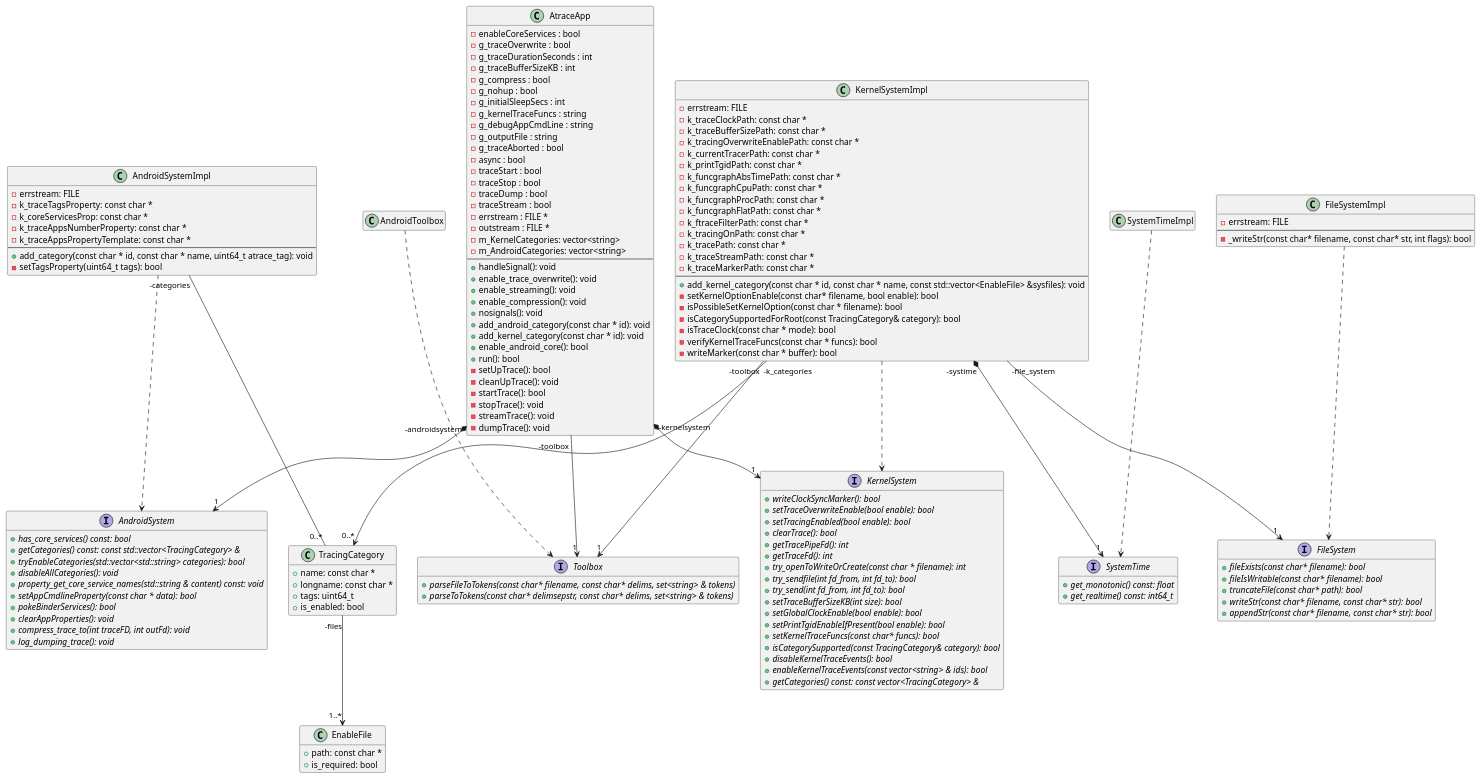
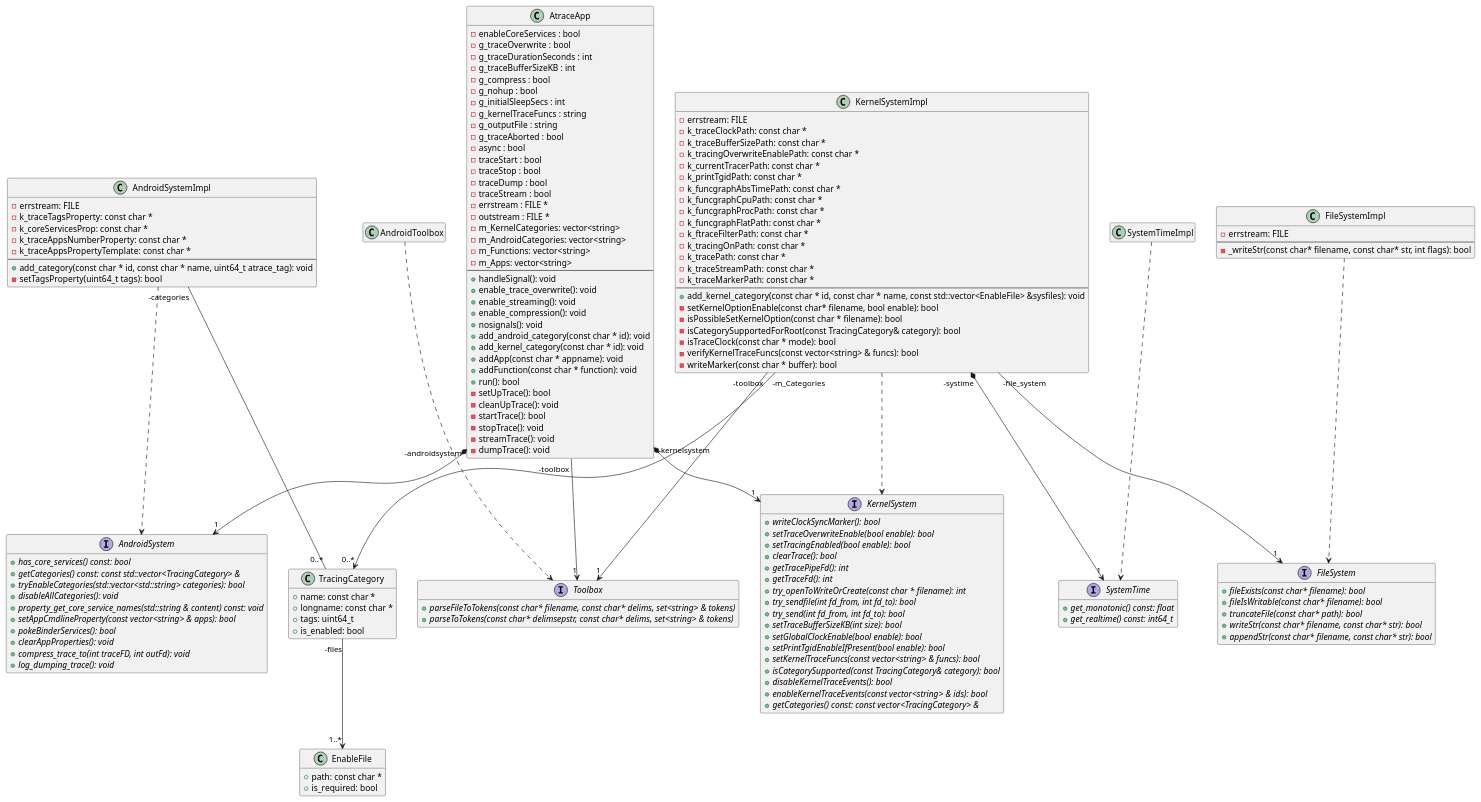
The diagram in docs/design/class_atrace.puml (littlewhywhat/extrace), drawn with PlantUML before and after one commit. The commit also changed 9 other files, not shown here.

Commit message:
Change comma separated funcs/apps to vectors

```diff
--- a/docs/design/class_atrace.puml
+++ b/docs/design/class_atrace.puml
@@ -1,187 +1,189 @@
 @startuml
 
 class AtraceApp {
   - enableCoreServices : bool
   - g_traceOverwrite : bool
   - g_traceDurationSeconds : int
   - g_traceBufferSizeKB : int
   - g_compress : bool
   - g_nohup : bool
   - g_initialSleepSecs : int
   - g_kernelTraceFuncs : string
-  - g_debugAppCmdLine : string
   - g_outputFile : string
   - g_traceAborted : bool
   - async : bool
   - traceStart : bool
   - traceStop : bool
   - traceDump : bool
   - traceStream : bool
   - errstream : FILE *
   - outstream : FILE *
   - m_KernelCategories: vector<string>
   - m_AndroidCategories: vector<string>
+  - m_Functions: vector<string>
+  - m_Apps: vector<string>
   --
   + handleSignal(): void
   + enable_trace_overwrite(): void
   + enable_streaming(): void
   + enable_compression(): void
   + nosignals(): void
   + add_android_category(const char * id): void
   + add_kernel_category(const char * id): void
-  + enable_android_core(): bool
+  + addApp(const char * appname): void
+  + addFunction(const char * function): void
   + run(): bool
   - setUpTrace(): bool 
   - cleanUpTrace(): void 
   - startTrace(): bool 
   - stopTrace(): void 
   - streamTrace(): void 
   - dumpTrace(): void 
 }
 
 AtraceApp "-androidsystem" *-->"1" AndroidSystem
 AtraceApp "-kernelsystem" *-->"1" KernelSystem
 AtraceApp "-toolbox " -->"1" Toolbox
 
 interface KernelSystem {
 
   + {abstract} writeClockSyncMarker(): bool 
   + {abstract} setTraceOverwriteEnable(bool enable): bool
   + {abstract} setTracingEnabled(bool enable): bool
   + {abstract} clearTrace(): bool
   + {abstract} getTracePipeFd(): int
   + {abstract} getTraceFd(): int
   + {abstract} try_openToWriteOrCreate(const char * filename): int
   + {abstract} try_sendfile(int fd_from, int fd_to): bool
   + {abstract} try_send(int fd_from, int fd_to): bool
   + {abstract} setTraceBufferSizeKB(int size): bool
   + {abstract} setGlobalClockEnable(bool enable): bool
   + {abstract} setPrintTgidEnableIfPresent(bool enable): bool
-  + {abstract} setKernelTraceFuncs(const char* funcs): bool
+  + {abstract} setKernelTraceFuncs(const vector<string> & funcs): bool
   + {abstract} isCategorySupported(const TracingCategory& category): bool 
   + {abstract} disableKernelTraceEvents(): bool 
   + {abstract} enableKernelTraceEvents(const vector<string> & ids): bool
   + {abstract} getCategories() const: const vector<TracingCategory> &
 }
 hide KernelSystem fields
 
 interface AndroidSystem {
   + {abstract} has_core_services() const: bool
   + {abstract} getCategories() const: const std::vector<TracingCategory> &
   + {abstract} tryEnableCategories(std::vector<std::string> categories): bool
   + {abstract} disableAllCategories(): void
   + {abstract} property_get_core_service_names(std::string & content) const: void
-  + {abstract} setAppCmdlineProperty(const char * data): bool
+  + {abstract} setAppCmdlineProperty(const vector<string> & apps): bool
   + {abstract} pokeBinderServices(): bool
   + {abstract} clearAppProperties(): void
   + {abstract} compress_trace_to(int traceFD, int outFd): void
   + {abstract} log_dumping_trace(): void
 }
 hide AndroidSystem fields
 
 interface SystemTime {
   + {abstract} get_monotonic() const: float
   + {abstract} get_realtime() const: int64_t
 }
 hide SystemTime fields
 
 class TracingCategory {
   + name: const char *
   + longname: const char *
   + tags: uint64_t
   + is_enabled: bool
 }
 hide TracingCategory methods
 
 TracingCategory "-files" --> "1..*" EnableFile
 
 class EnableFile {
   + path: const char *
   + is_required: bool
 }
 hide EnableFile methods
 
 class KernelSystemImpl {
   - errstream: FILE
   - k_traceClockPath: const char *
   - k_traceBufferSizePath: const char *
   - k_tracingOverwriteEnablePath: const char *
   - k_currentTracerPath: const char *
   - k_printTgidPath: const char *
   - k_funcgraphAbsTimePath: const char *
   - k_funcgraphCpuPath: const char *
   - k_funcgraphProcPath: const char *
   - k_funcgraphFlatPath: const char *
   - k_ftraceFilterPath: const char *
   - k_tracingOnPath: const char *
   - k_tracePath: const char *
   - k_traceStreamPath: const char *
   - k_traceMarkerPath: const char *
   --
   + add_kernel_category(const char * id, const char * name, const std::vector<EnableFile> &sysfiles): void
   - setKernelOptionEnable(const char* filename, bool enable): bool
   - isPossibleSetKernelOption(const char * filename): bool
   - isCategorySupportedForRoot(const TracingCategory& category): bool
   - isTraceClock(const char * mode): bool
-  - verifyKernelTraceFuncs(const char * funcs): bool
+  - verifyKernelTraceFuncs(const vector<string> & funcs): bool
   - writeMarker(const char * buffer): bool
 }
 
 KernelSystemImpl ..> KernelSystem
 KernelSystemImpl "-file_system" --> "1" FileSystem
 KernelSystemImpl "-toolbox" --> "1" Toolbox
 KernelSystemImpl "-systime" *-->"1" SystemTime
-KernelSystemImpl "-k_categories " -->"0..*" TracingCategory
+KernelSystemImpl "-m_Categories " -->"0..*" TracingCategory
 
 interface FileSystem {
   + {abstract} fileExists(const char* filename): bool
   + {abstract} fileIsWritable(const char* filename): bool
   + {abstract} truncateFile(const char* path): bool
   + {abstract} writeStr(const char* filename, const char* str): bool
   + {abstract} appendStr(const char* filename, const char* str): bool
 }
 hide FileSystem fields
 
 class FileSystemImpl {
   - errstream: FILE
   --
   - _writeStr(const char* filename, const char* str, int flags): bool
 }
 
 FileSystemImpl ..> FileSystem
 
 class AndroidSystemImpl {
   - errstream: FILE
   - k_traceTagsProperty: const char *
   - k_coreServicesProp: const char *
   - k_traceAppsNumberProperty: const char *
   - k_traceAppsPropertyTemplate: const char *
   --
   + add_category(const char * id, const char * name, uint64_t atrace_tag): void
   - setTagsProperty(uint64_t tags): bool
 }
 
 AndroidSystemImpl ..> AndroidSystem
 AndroidSystemImpl "-categories" -- "0..*" TracingCategory
 
 class SystemTimeImpl {
 }
 hide SystemTimeImpl methods
 hide SystemTimeImpl fields
 
 SystemTimeImpl ..> SystemTime
 
 interface Toolbox {
   + {abstract} parseFileToTokens(const char* filename, const char* delims, set<string> & tokens)
   + {abstract} parseToTokens(const char* delimsepstr, const char* delims, set<string> & tokens)
 }
 hide Toolbox fields
 
 class AndroidToolbox {
 }
 hide AndroidToolbox fields
 hide AndroidToolbox methods
 
 AndroidToolbox ..> Toolbox
 
 @enduml
```
